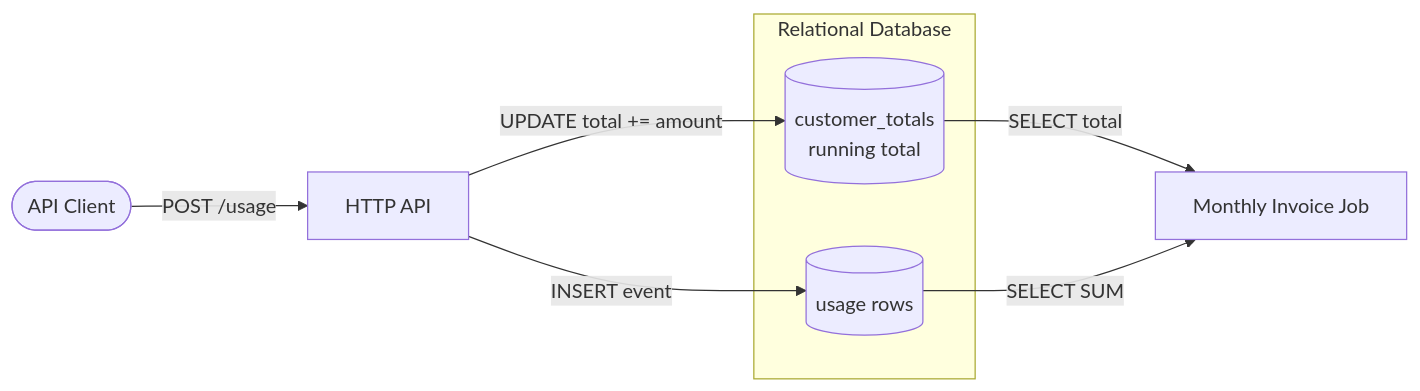
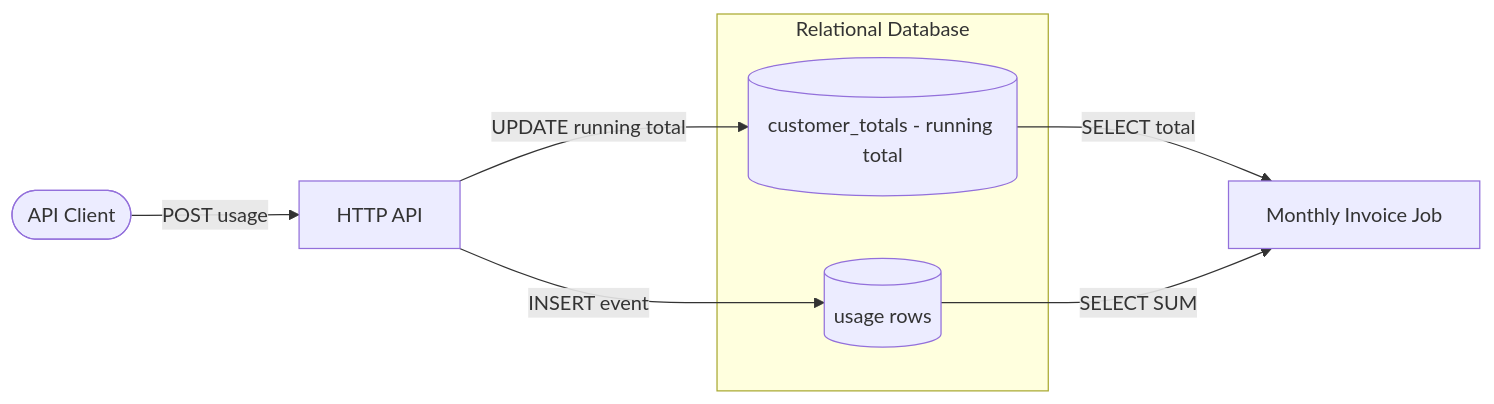
The diagram in docs/PROBLEM.md (marciomarinho/quotient), drawn with Mermaid before and after one commit. The commit also changed 4 other files, not shown here.

Commit message:
docs: fix Mermaid parse errors (quote labels, remove embedded arrows/@ from all diagrams)

````diff
--- a/docs/PROBLEM.md
+++ b/docs/PROBLEM.md
@@ -97,12 +97,12 @@
 ```mermaid
 flowchart LR
-    Client([API Client]) -->|POST /usage| API[HTTP API]
-    subgraph DB[Relational Database]
-        UsageTable[(usage rows)]
-        Counter[(customer_totals<br/>running total)]
+    Client(["API Client"]) -->|"POST usage"| API["HTTP API"]
+    subgraph DB["Relational Database"]
+        UsageTable[("usage rows")]
+        Counter[("customer_totals - running total")]
     end
-    API -->|INSERT event| UsageTable
-    API -->|UPDATE total += amount| Counter
-    Counter -->|SELECT total| Invoice[Monthly Invoice Job]
-    UsageTable -->|SELECT SUM| Invoice
+    API -->|"INSERT event"| UsageTable
+    API -->|"UPDATE running total"| Counter
+    Counter -->|"SELECT total"| Invoice["Monthly Invoice Job"]
+    UsageTable -->|"SELECT SUM"| Invoice
 ```
````
